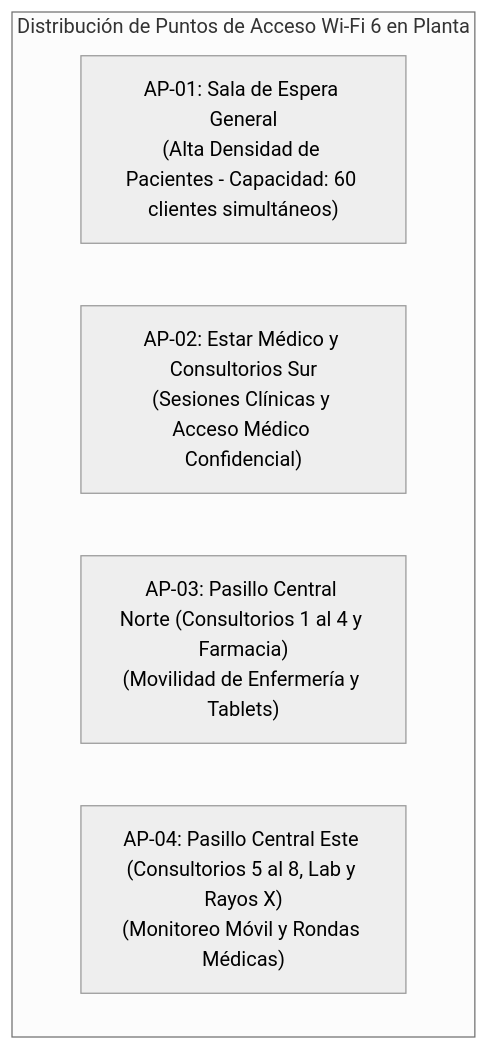
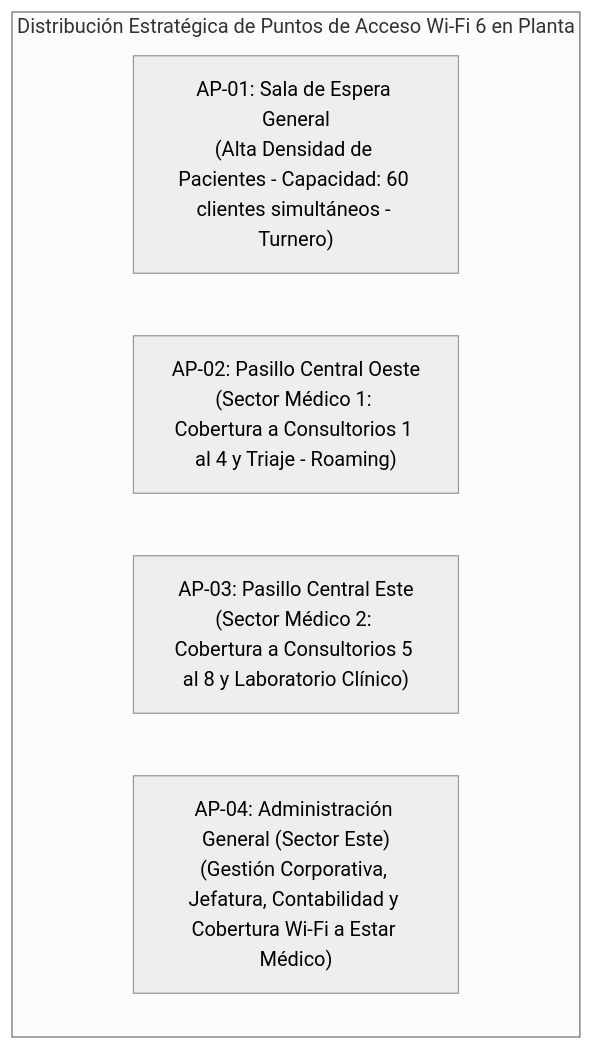
Before and after one commit to aron-quito/redes-1: the third of 5 diagrams in analisis/etapa4_planos_diseno_fisico_cuadro_materiales.md, drawn with Mermaid (neutral theme). The commit also changed other lines of this file, not shown here.

````diff
--- a/analisis/etapa4_planos_diseno_fisico_cuadro_materiales.md
+++ b/analisis/etapa4_planos_diseno_fisico_cuadro_materiales.md
@@ -116,9 +116,9 @@
 ```mermaid
 graph TD
-    subgraph Distribucion_APs["Distribución de Puntos de Acceso Wi-Fi 6 en Planta"]
-        AP1["AP-01: Sala de Espera General<br>(Alta Densidad de Pacientes - Capacidad: 60 clientes simultáneos)"]
-        AP2["AP-02: Estar Médico y Consultorios Sur<br>(Sesiones Clínicas y Acceso Médico Confidencial)"]
-        AP3["AP-03: Pasillo Central Norte (Consultorios 1 al 4 y Farmacia)<br>(Movilidad de Enfermería y Tablets)"]
-        AP4["AP-04: Pasillo Central Este (Consultorios 5 al 8, Lab y Rayos X)<br>(Monitoreo Móvil y Rondas Médicas)"]
+    subgraph Distribucion_APs["Distribución Estratégica de Puntos de Acceso Wi-Fi 6 en Planta"]
+        AP1["AP-01: Sala de Espera General<br>(Alta Densidad de Pacientes - Capacidad: 60 clientes simultáneos - Turnero)"]
+        AP2["AP-02: Pasillo Central Oeste<br>(Sector Médico 1: Cobertura a Consultorios 1 al 4 y Triaje - Roaming)"]
+        AP3["AP-03: Pasillo Central Este<br>(Sector Médico 2: Cobertura a Consultorios 5 al 8 y Laboratorio Clínico)"]
+        AP4["AP-04: Administración General (Sector Este)<br>(Gestión Corporativa, Jefatura, Contabilidad y Cobertura Wi-Fi a Estar Médico)"]
     end
 ```
````
